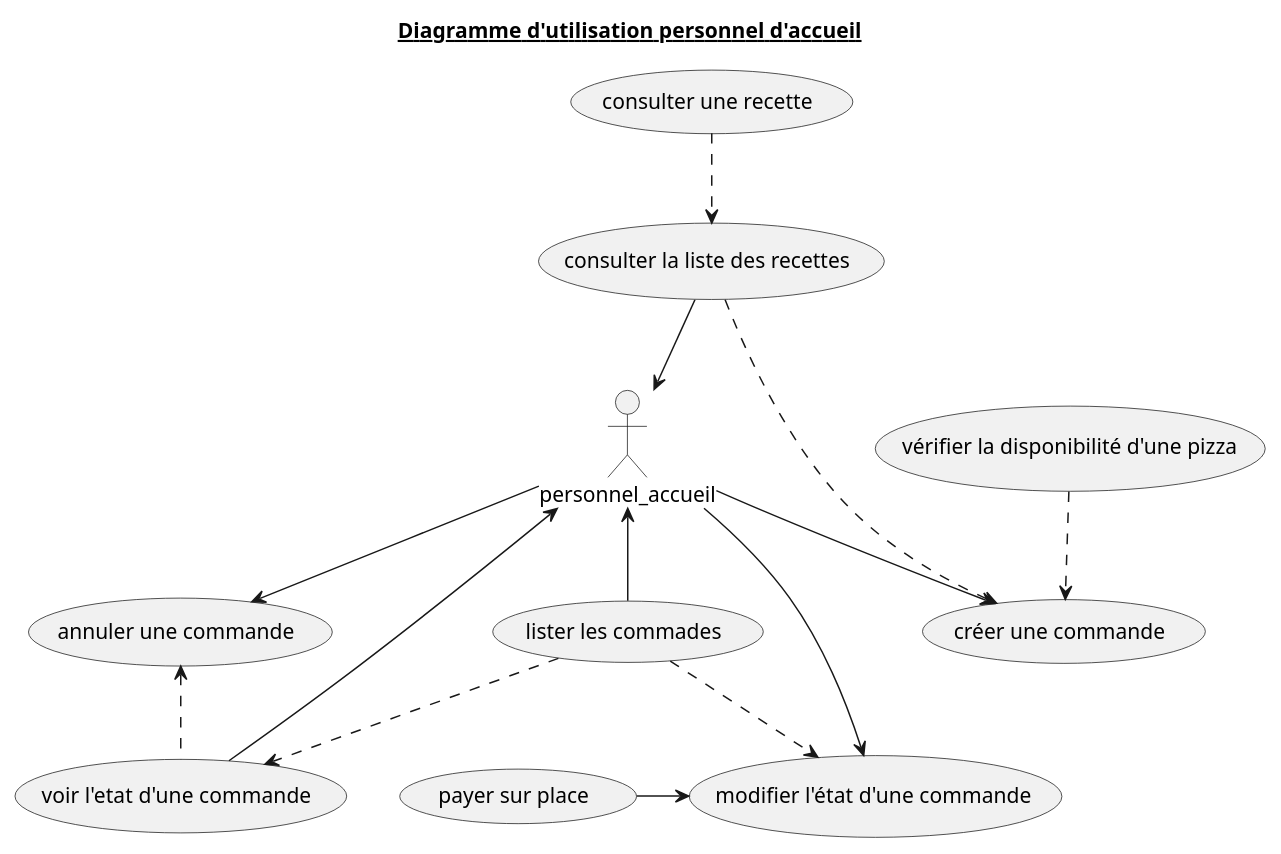
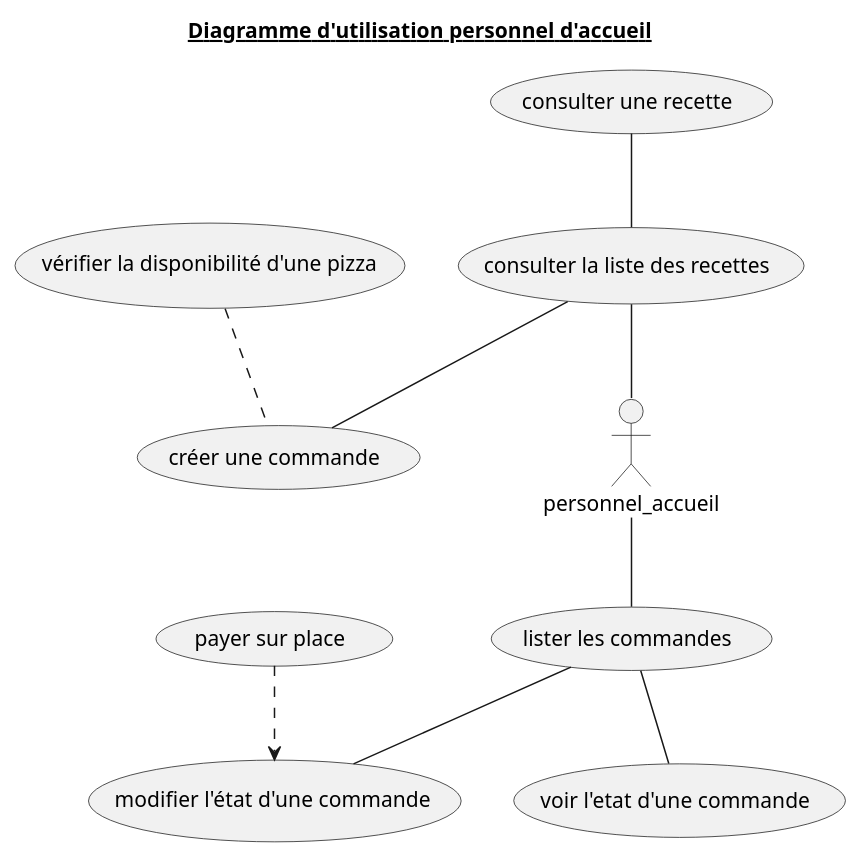
The diagram in doc/uml/2_Accueil_UseCaseDiagram.puml (Zepmanbc/oc_dapython_pr4), drawn with PlantUML before and after one commit. The commit also changed 29 other files, not shown here.

```diff
--- a/doc/uml/2_Accueil_UseCaseDiagram.puml
+++ b/doc/uml/2_Accueil_UseCaseDiagram.puml
@@ -1,41 +1,41 @@
 @startuml 2_Accueil_UseCaseDiagram
 
 title <u>Diagramme d'utilisation personnel d'accueil</u>
 'left to right direction
 actor personnel_accueil as ACCUEIL
 
 'COMMANDES
     (créer une commande) AS CREATE_CMD
-    (lister les commades) AS LIST_CMD
+    (lister les commandes) AS LIST_CMD
     (voir l'etat d'une commande) AS SHOW_STATE_CMD
     (modifier l'état d'une commande) AS MODIFY_STATE_CMD
     (payer sur place) AS PAY_STORE_CMD
-    (annuler une commande) AS CANCEL_CMD
+    ' (annuler une commande) AS CANCEL_CMD
 
 ' RECETTE
     (consulter la liste des recettes) AS LIST_RECIPE
     (consulter une recette) AS SHOW_RECIPE
     (vérifier la disponibilité d'une pizza) AS AVAIL_RECIPE
 
 ' INGREDIENTS
 
-ACCUEIL <-u- LIST_RECIPE
-ACCUEIL --> CREATE_CMD
+LIST_RECIPE -- ACCUEIL
+' ACCUEIL - CREATE_CMD
 
-ACCUEIL --> MODIFY_STATE_CMD
+' ACCUEIL -- MODIFY_STATE_CMD
 
-ACCUEIL <-- LIST_CMD
-ACCUEIL <-- SHOW_STATE_CMD
-ACCUEIL --> CANCEL_CMD
+ACCUEIL -- LIST_CMD
+' ACCUEIL -l- SHOW_STATE_CMD
+' ACCUEIL -l- CANCEL_CMD
 
-SHOW_RECIPE ..> LIST_RECIPE
-AVAIL_RECIPE ..> CREATE_CMD
+SHOW_RECIPE -- LIST_RECIPE
+AVAIL_RECIPE .. CREATE_CMD
 
-SHOW_STATE_CMD .l.> CANCEL_CMD
-PAY_STORE_CMD -r-> MODIFY_STATE_CMD
-LIST_CMD ..> SHOW_STATE_CMD
-LIST_CMD ..> MODIFY_STATE_CMD
+' SHOW_STATE_CMD .l. CANCEL_CMD
+PAY_STORE_CMD .d.> MODIFY_STATE_CMD
+LIST_CMD -- SHOW_STATE_CMD
+LIST_CMD -- MODIFY_STATE_CMD
 
-LIST_RECIPE ..> CREATE_CMD
+LIST_RECIPE -- CREATE_CMD
 
 @enduml
```
